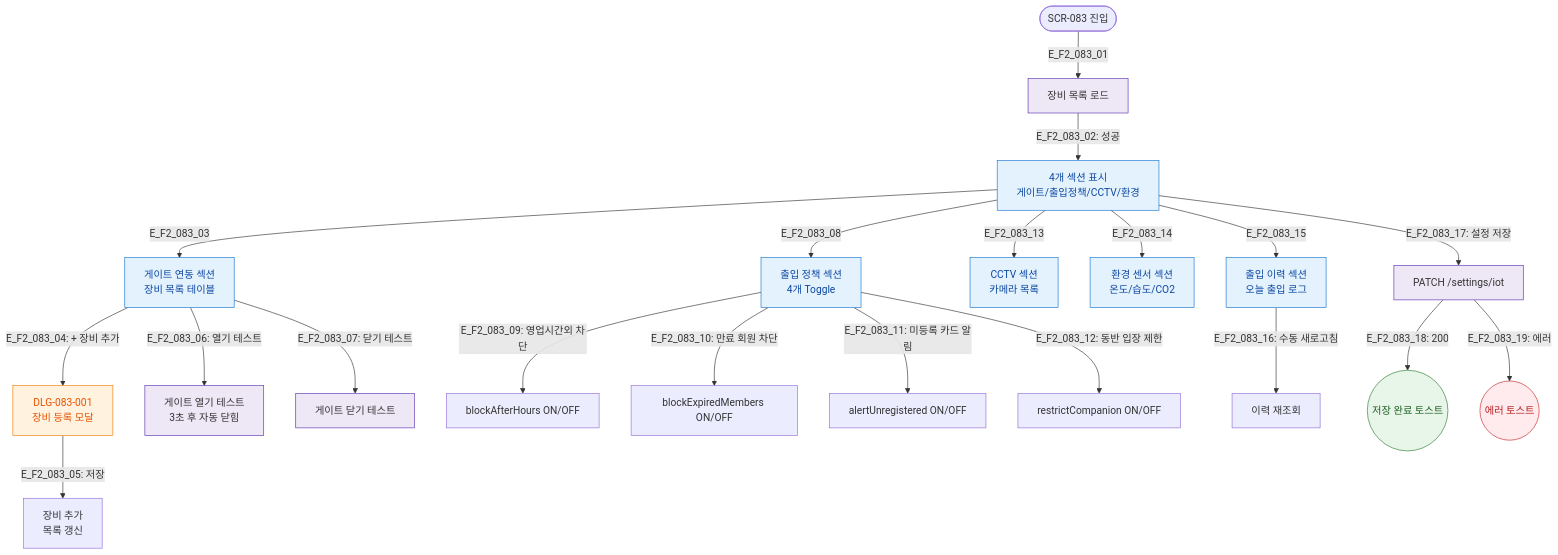
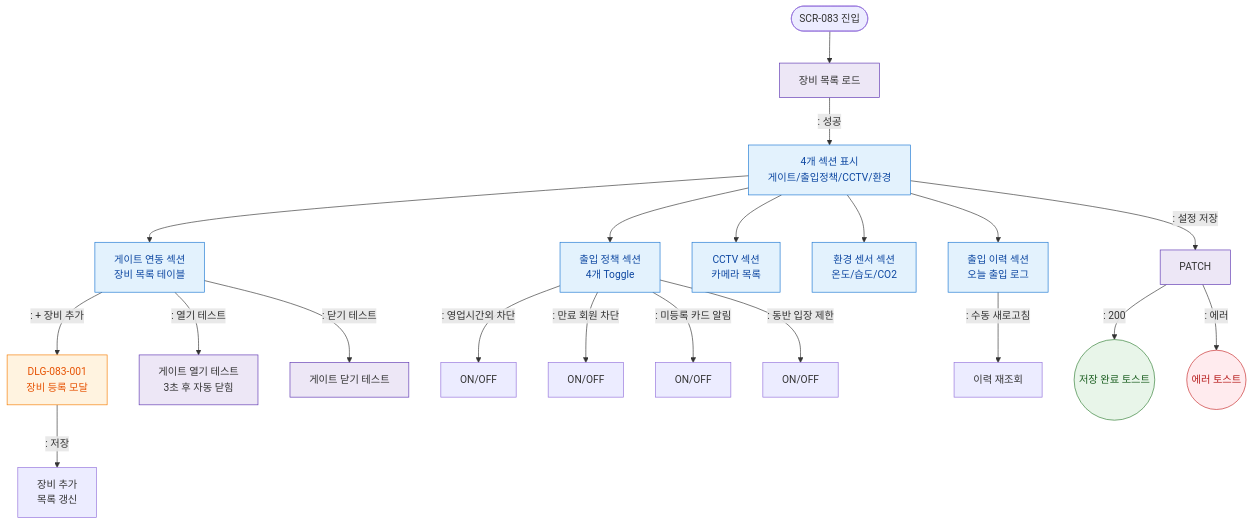
The diagram in docs/다이어그램/D09_설정관리/SCR-083_IoT출입관리/F2_메인인터랙션.md (dev-spogym/admin-pando), drawn with Mermaid before and after one commit. The commit also changed other lines of this file and 1660 other files, not shown here.

First line of the commit message:
다이어그램: 기획자/클라이언트 납품본으로 정리

````diff
--- a/docs/다이어그램/D09_설정관리/SCR-083_IoT출입관리/F2_메인인터랙션.md
+++ b/docs/다이어그램/D09_설정관리/SCR-083_IoT출입관리/F2_메인인터랙션.md
@@ -17,38 +15,38 @@
 ```mermaid
 flowchart TD
-    Entry([SCR-083 진입]) -->|E_F2_083_01| Load[장비 목록 로드]
-    Load -->|"E_F2_083_02: 성공"| Sections[4개 섹션 표시\n게이트/출입정책/CCTV/환경]
+    Entry([SCR-083 진입]) --> Load[장비 목록 로드]
+    Load -->|": 성공"|Sections[4개 섹션 표시\n게이트/출입정책/CCTV/환경]
 
-    Sections -->|E_F2_083_03| S_Gate[게이트 연동 섹션\n장비 목록 테이블]
-    S_Gate -->|"E_F2_083_04: + 장비 추가"| DLG_001[DLG-083-001\n장비 등록 모달]
-    DLG_001 -->|"E_F2_083_05: 저장"| AddDevice[장비 추가\n목록 갱신]
-    S_Gate -->|"E_F2_083_06: 열기 테스트"| TestOpen[게이트 열기 테스트\n3초 후 자동 닫힘]
-    S_Gate -->|"E_F2_083_07: 닫기 테스트"| TestClose[게이트 닫기 테스트]
+    Sections --> S_Gate[게이트 연동 섹션\n장비 목록 테이블]
+    S_Gate -->|": + 장비 추가"|DLG_001[DLG-083-001\n장비 등록 모달]
+    DLG_001 -->|": 저장"|AddDevice[장비 추가\n목록 갱신]
+    S_Gate -->|": 열기 테스트"|TestOpen[게이트 열기 테스트\n3초 후 자동 닫힘]
+    S_Gate -->|": 닫기 테스트"|TestClose[게이트 닫기 테스트]
 
-    Sections -->|E_F2_083_08| S_Policy[출입 정책 섹션\n4개 Toggle]
-    S_Policy -->|"E_F2_083_09: 영업시간외 차단"| T_After[blockAfterHours ON/OFF]
-    S_Policy -->|"E_F2_083_10: 만료 회원 차단"| T_Expired[blockExpiredMembers ON/OFF]
-    S_Policy -->|"E_F2_083_11: 미등록 카드 알림"| T_Unreg[alertUnregistered ON/OFF]
-    S_Policy -->|"E_F2_083_12: 동반 입장 제한"| T_Companion[restrictCompanion ON/OFF]
+    Sections --> S_Policy[출입 정책 섹션\n4개 Toggle]
+    S_Policy -->|": 영업시간외 차단"|T_After[ON/OFF]
+    S_Policy -->|": 만료 회원 차단"|T_Expired[ON/OFF]
+    S_Policy -->|": 미등록 카드 알림"|T_Unreg[ON/OFF]
+    S_Policy -->|": 동반 입장 제한"|T_Companion[ON/OFF]
 
-    Sections -->|E_F2_083_13| S_CCTV[CCTV 섹션\n카메라 목록]
-    Sections -->|E_F2_083_14| S_Env[환경 센서 섹션\n온도/습도/CO2]
+    Sections --> S_CCTV[CCTV 섹션\n카메라 목록]
+    Sections --> S_Env[환경 센서 섹션\n온도/습도/CO2]
 
-    Sections -->|E_F2_083_15| S_Log[출입 이력 섹션\n오늘 출입 로그]
-    S_Log -->|"E_F2_083_16: 수동 새로고침"| RefreshLog[이력 재조회]
+    Sections --> S_Log[출입 이력 섹션\n오늘 출입 로그]
+    S_Log -->|": 수동 새로고침"|RefreshLog[이력 재조회]
 
-    Sections -->|"E_F2_083_17: 설정 저장"| SaveAPI[PATCH /settings/iot]
-    SaveAPI -->|"E_F2_083_18: 200"| SaveOK((저장 완료 토스트))
-    SaveAPI -->|"E_F2_083_19: 에러"| SaveErr((에러 토스트))
+    Sections -->|": 설정 저장"|SaveAPI[PATCH]
+    SaveAPI -->|": 200"|SaveOK((저장 완료 토스트))
+    SaveAPI -->|": 에러"|SaveErr((에러 토스트))
 
     classDef screen fill:#E3F2FD,stroke:#1976D2,color:#0D47A1
     classDef modal fill:#FFF3E0,stroke:#F57C00,color:#E65100
     classDef success fill:#E8F5E9,stroke:#2E7D32,color:#1B5E20
     classDef error fill:#FFEBEE,stroke:#C62828,color:#B71C1C
     classDef system fill:#EDE7F6,stroke:#5E35B2
     class Sections,S_Gate,S_Policy,S_CCTV,S_Env,S_Log screen
     class DLG_001 modal
     class SaveOK success
     class SaveErr error
     class Load,SaveAPI,TestOpen,TestClose system
 ```
````
